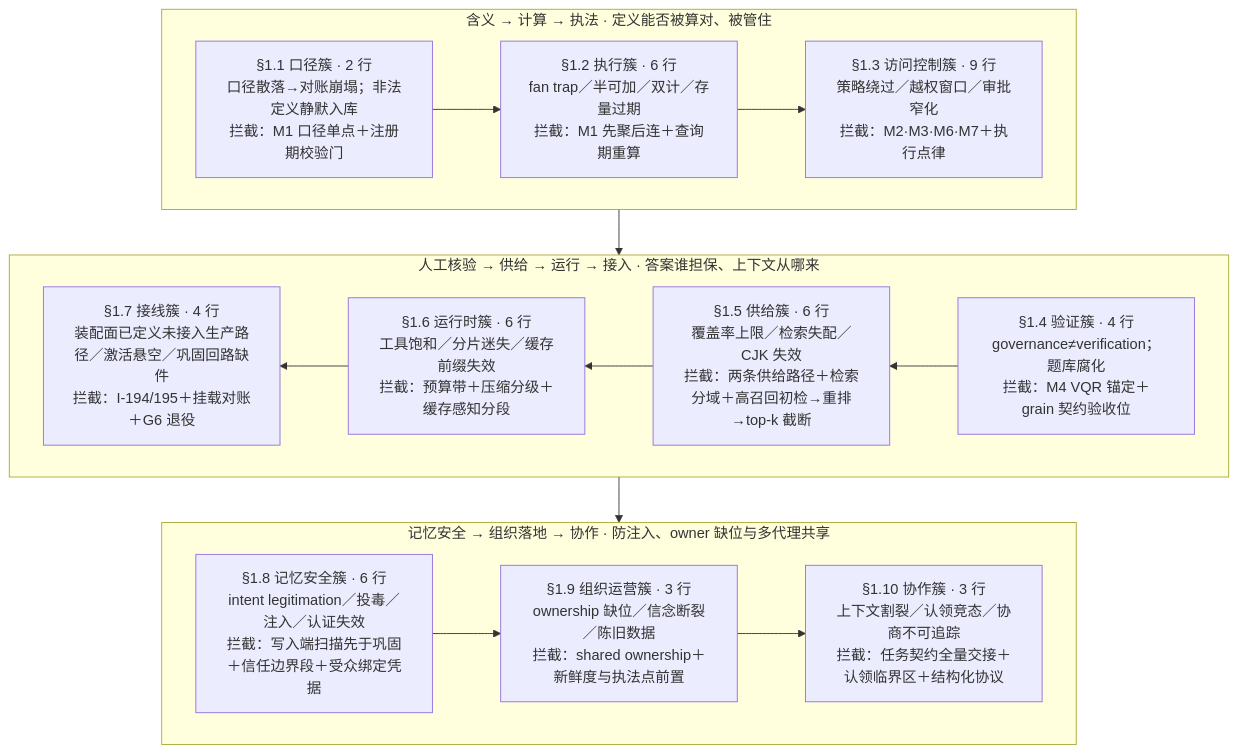
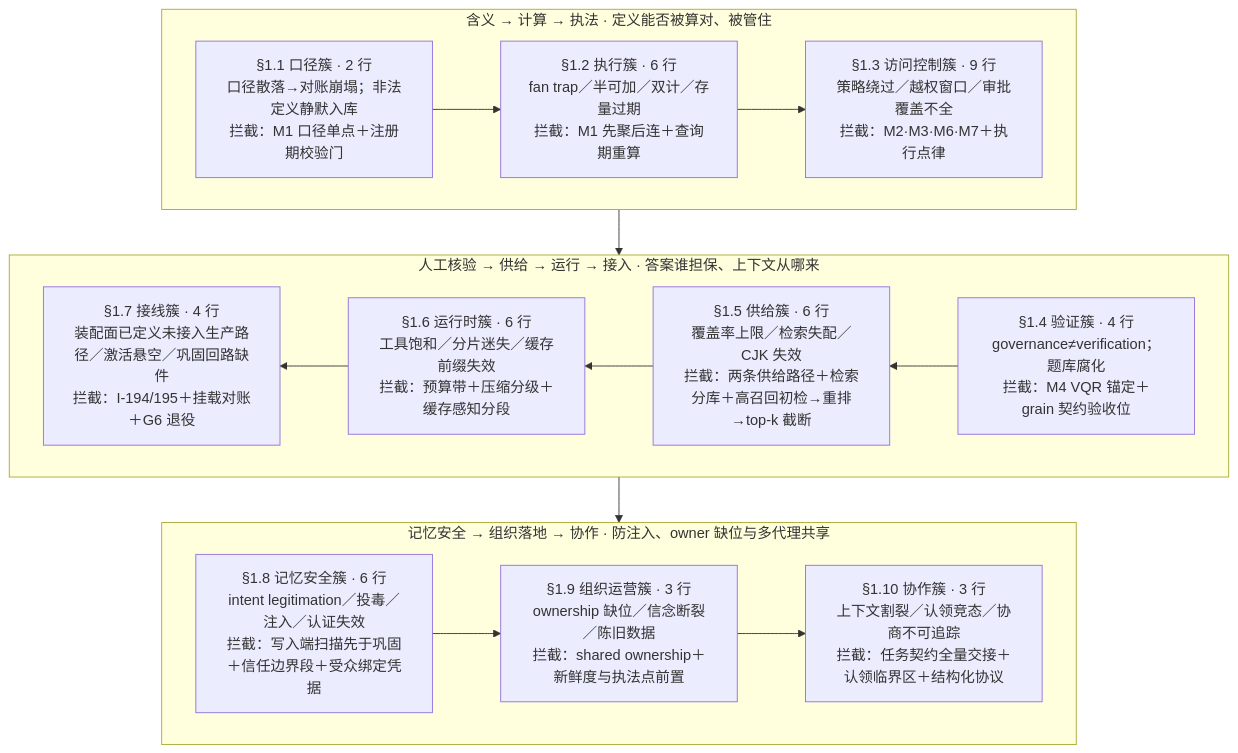
One commit to ThreeFish-AI/negentropy changed the diagram in docs/assets/mermaid/cognitive-context/context-layer--failure-map.mmd. Above: the diagram before and after it, drawn with Mermaid. The commit also changed 69 other files, not shown here.

First line of the commit message:
docs(cognitive-context): 013 八张配图随字重渲（candidate 改字，finalize 四门全过，双主题 PNG 重采）;

```diff
--- a/docs/assets/mermaid/cognitive-context/context-layer--failure-map.mmd
+++ b/docs/assets/mermaid/cognitive-context/context-layer--failure-map.mmd
@@ -1,33 +1,33 @@
 %%source: docs/research/cognitive-context/013-context-layer-blueprint.md §1 失效模式登记簿：十类失效汇总（十簇失效形态总览）
 %%slug: cognitive-context/context-layer--failure-map
 %%type: architecture
 %%derived: archify architecture v2, authored fresh（v1 八失效×四层映射退役；新构型＝登记簿十簇蛇形主链穿过三条问题带，簇节点标行数与代表失效、tag 标主要防护）
 flowchart TB
     subgraph T1["含义 → 计算 → 执法 · 定义能否被算对、被管住"]
         direction LR
         C1["§1.1 口径簇 · 2 行<br/>口径散落→对账崩塌；非法定义静默入库<br/>拦截：M1 口径单点＋注册期校验门"]
         C2["§1.2 执行簇 · 6 行<br/>fan trap／半可加／双计／存量过期<br/>拦截：M1 先聚后连＋查询期重算"]
-        C3["§1.3 访问控制簇 · 9 行<br/>策略绕过／越权窗口／审批窄化<br/>拦截：M2·M3·M6·M7＋执行点律"]
+        C3["§1.3 访问控制簇 · 9 行<br/>策略绕过／越权窗口／审批覆盖不全<br/>拦截：M2·M3·M6·M7＋执行点律"]
     end
     subgraph T2["人工核验 → 供给 → 运行 → 接入 · 答案谁担保、上下文从哪来"]
         direction RL
         C4["§1.4 验证簇 · 4 行<br/>governance≠verification；题库腐化<br/>拦截：M4 VQR 锚定＋grain 契约验收位"]
-        C5["§1.5 供给簇 · 6 行<br/>覆盖率上限／检索失配／CJK 失效<br/>拦截：两条供给路径＋检索分域＋高召回初检→重排→top-k 截断"]
+        C5["§1.5 供给簇 · 6 行<br/>覆盖率上限／检索失配／CJK 失效<br/>拦截：两条供给路径＋检索分库＋高召回初检→重排→top-k 截断"]
         C6["§1.6 运行时簇 · 6 行<br/>工具饱和／分片迷失／缓存前缀失效<br/>拦截：预算带＋压缩分级＋缓存感知分段"]
         C7["§1.7 接线簇 · 4 行<br/>装配面已定义未接入生产路径／激活悬空／巩固回路缺件<br/>拦截：I-194/195＋挂载对账＋G6 退役"]
     end
     subgraph T3["记忆安全 → 组织落地 → 协作 · 防注入、owner 缺位与多代理共享"]
         direction LR
         C8["§1.8 记忆安全簇 · 6 行<br/>intent legitimation／投毒／注入／认证失效<br/>拦截：写入端扫描先于巩固＋信任边界段＋受众绑定凭据"]
         C9["§1.9 组织运营簇 · 3 行<br/>ownership 缺位／信念断裂／陈旧数据<br/>拦截：shared ownership＋新鲜度与执法点前置"]
         C10["§1.10 协作簇 · 3 行<br/>上下文割裂／认领竞态／协商不可追踪<br/>拦截：任务契约全量交接＋认领临界区＋结构化协议"]
     end
     C1 --> C2
     C2 --> C3
     C3 --> C4
     C4 --> C5
     C5 --> C6
     C6 --> C7
     C7 --> C8
     C8 --> C9
     C9 --> C10
```
